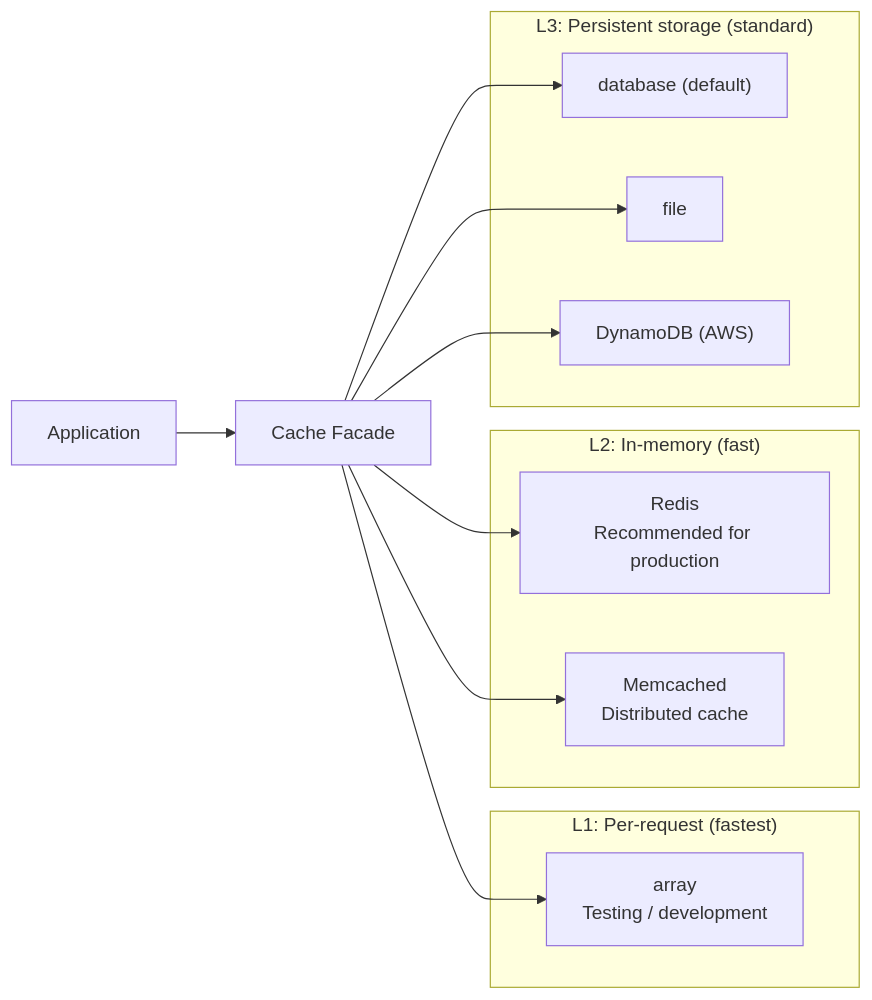
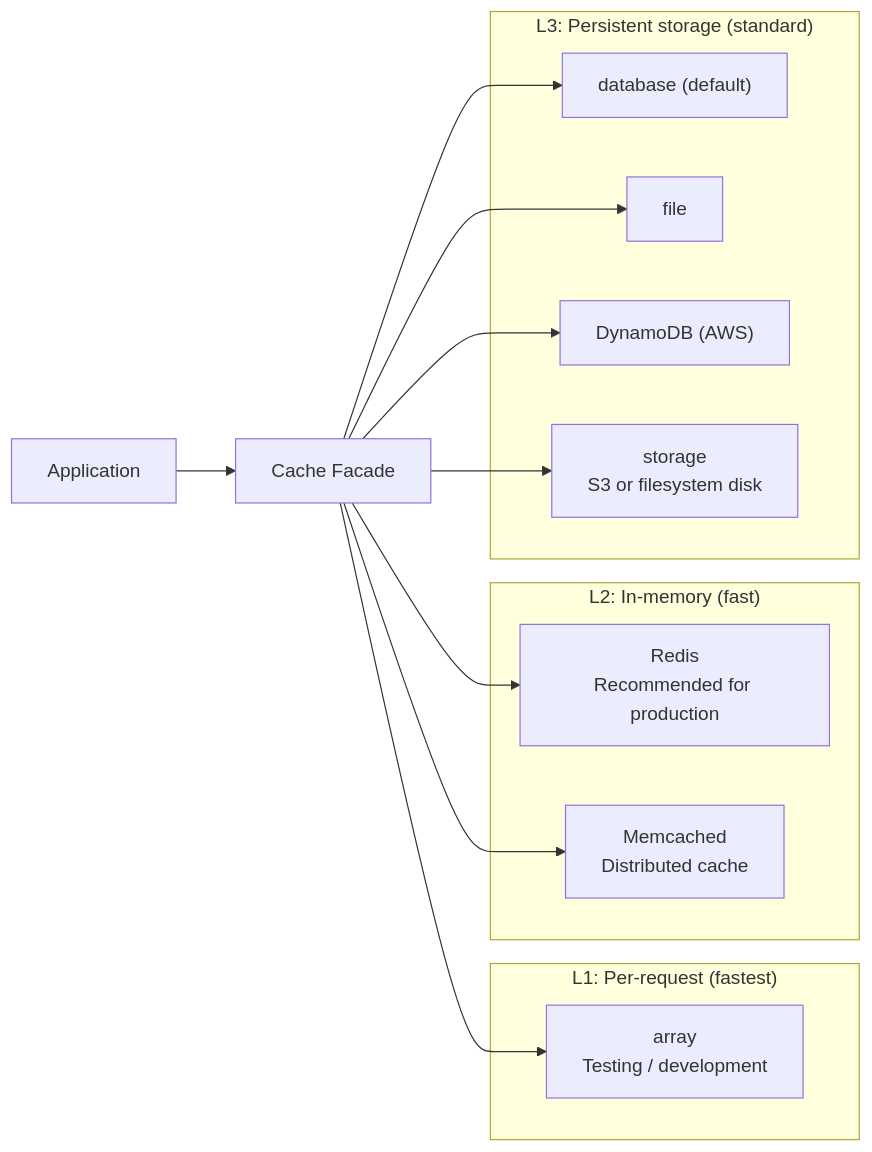
The first of 3 diagrams in en/cache.mdx (kawax/mintlify-docs), drawn with Mermaid before and after one commit. The commit also changed other lines of this file and 3 other files, not shown here.

````diff
--- a/en/cache.mdx
+++ b/en/cache.mdx
@@ -26,26 +26,28 @@
 ```mermaid
 flowchart LR
     A["Application"] --> B["Cache Facade"]
 
     subgraph L1 ["L1: Per-request (fastest)"]
         C["array<br>Testing / development"]
     end
 
     subgraph L2 ["L2: In-memory (fast)"]
         E["Redis<br>Recommended for production"]
         F["Memcached<br>Distributed cache"]
     end
 
     subgraph L3 ["L3: Persistent storage (standard)"]
         G["database (default)"]
         H["file"]
         I["DynamoDB (AWS)"]
+        J["storage<br>S3 or filesystem disk"]
     end
 
     B --> C
     B --> E
     B --> F
     B --> G
     B --> H
     B --> I
+    B --> J
 ```
````
